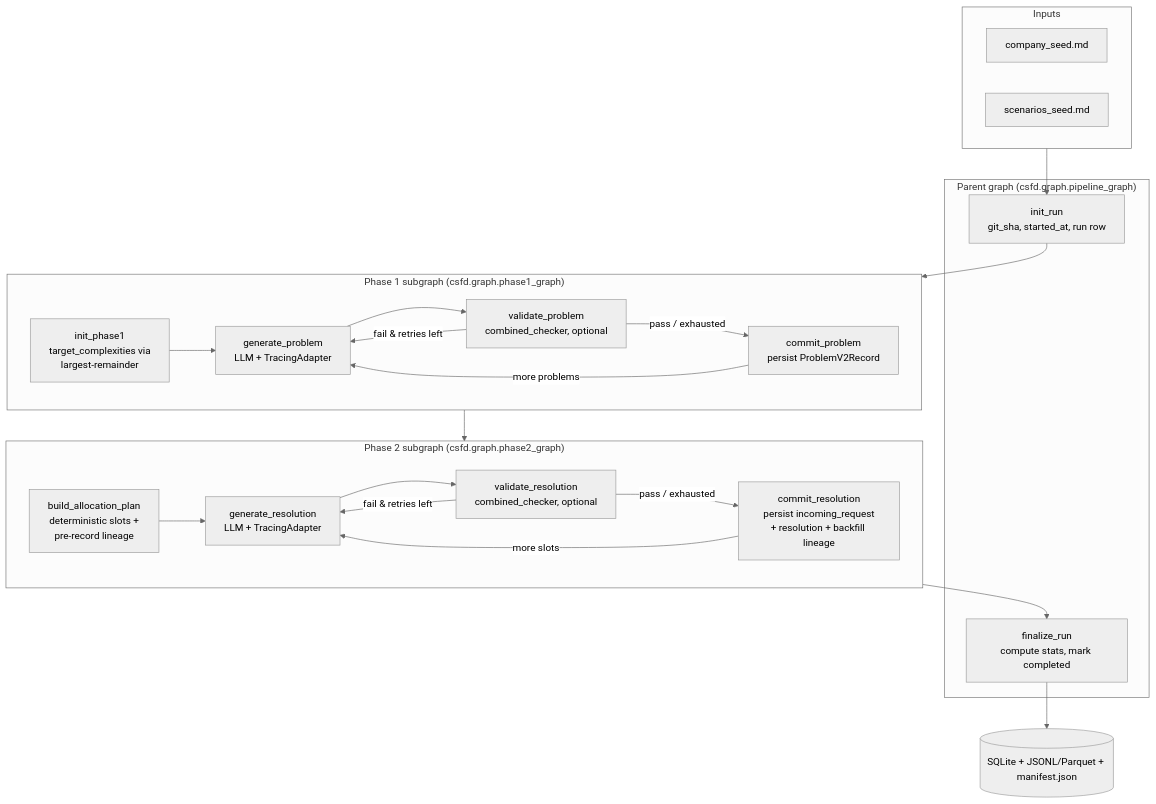
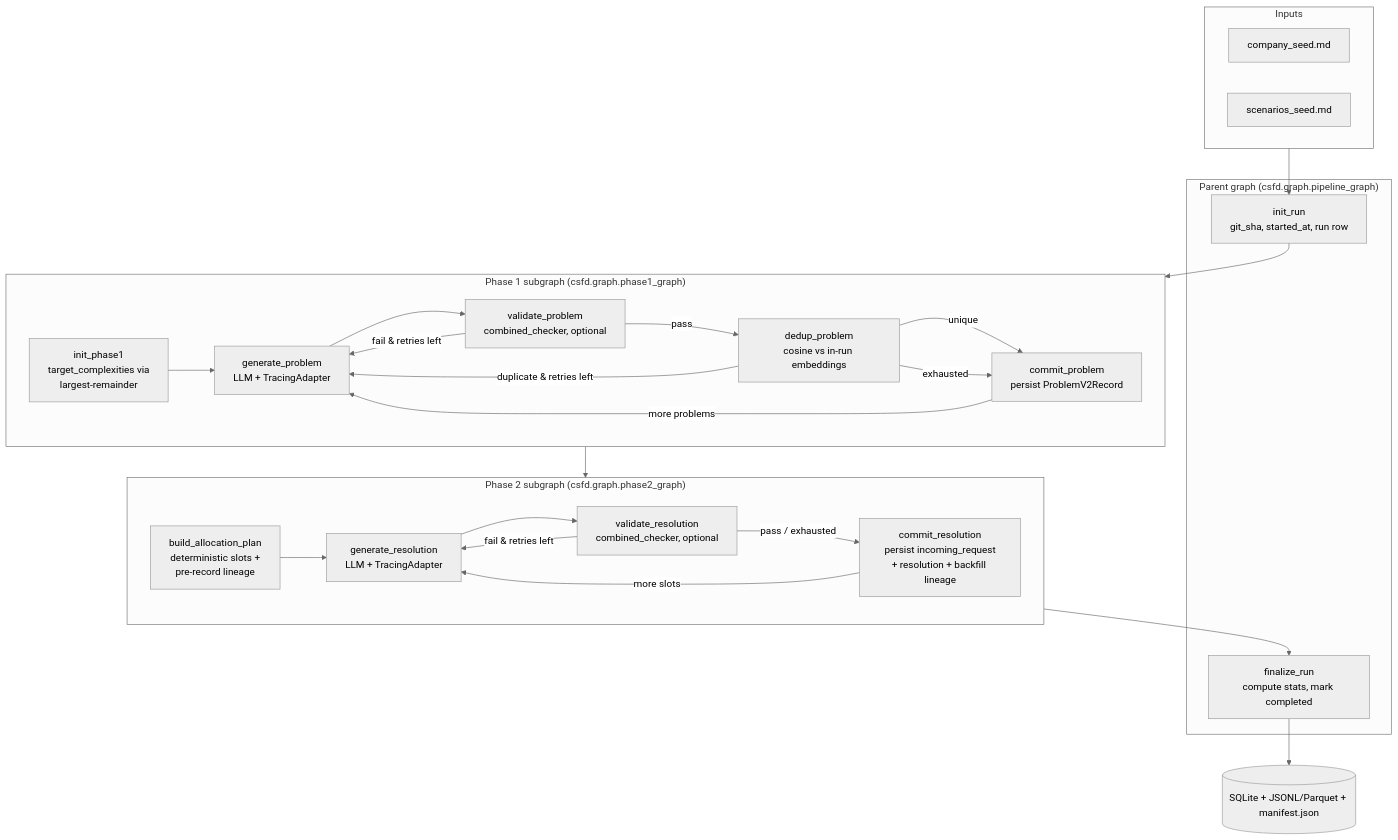
Before and after one commit to iamthejao/customer_support_data_generator: the diagram in README.md, drawn with Mermaid (neutral theme). The commit also changed other lines of this file and 3 other files, not shown here.

````diff
--- a/README.md
+++ b/README.md
@@ -102,38 +103,42 @@
 ```mermaid
 flowchart TB
     subgraph Seeds["Inputs"]
         C[company_seed.md]
         S[scenarios_seed.md]
     end
     subgraph PARENT["Parent graph (csfd.graph.pipeline_graph)"]
         IR[init_run<br>git_sha, started_at, run row]
         FR[finalize_run<br>compute stats, mark completed]
     end
     subgraph P1["Phase 1 subgraph (csfd.graph.phase1_graph)"]
         IP[init_phase1<br>target_complexities via<br>largest-remainder]
         GP[generate_problem<br>LLM + TracingAdapter]
         VP[validate_problem<br>combined_checker, optional]
+        DP[dedup_problem<br>cosine vs in-run embeddings]
         CP[commit_problem<br>persist ProblemV2Record]
         IP --> GP
         GP --> VP
         VP -->|fail & retries left| GP
-        VP -->|pass / exhausted| CP
+        VP -->|pass| DP
+        DP -->|unique| CP
+        DP -->|duplicate & retries left| GP
+        DP -->|exhausted| CP
         CP -->|more problems| GP
     end
     subgraph P2["Phase 2 subgraph (csfd.graph.phase2_graph)"]
         BAP[build_allocation_plan<br>deterministic slots +<br>pre-record lineage]
         GR[generate_resolution<br>LLM + TracingAdapter]
         VR[validate_resolution<br>combined_checker, optional]
         CR[commit_resolution<br>persist incoming_request<br>+ resolution + backfill lineage]
         BAP --> GR
         GR --> VR
         VR -->|fail & retries left| GR
         VR -->|pass / exhausted| CR
         CR -->|more slots| GR
     end
     Seeds --> IR
     IR --> P1
     P1 --> P2
     P2 --> FR
     FR --> EX[(SQLite + JSONL/Parquet + manifest.json)]
 ```
````
